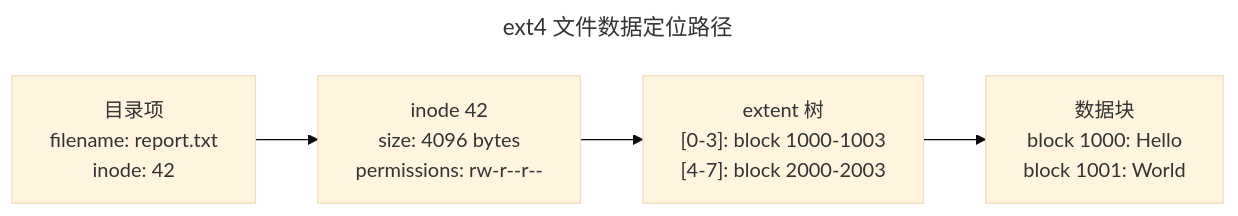
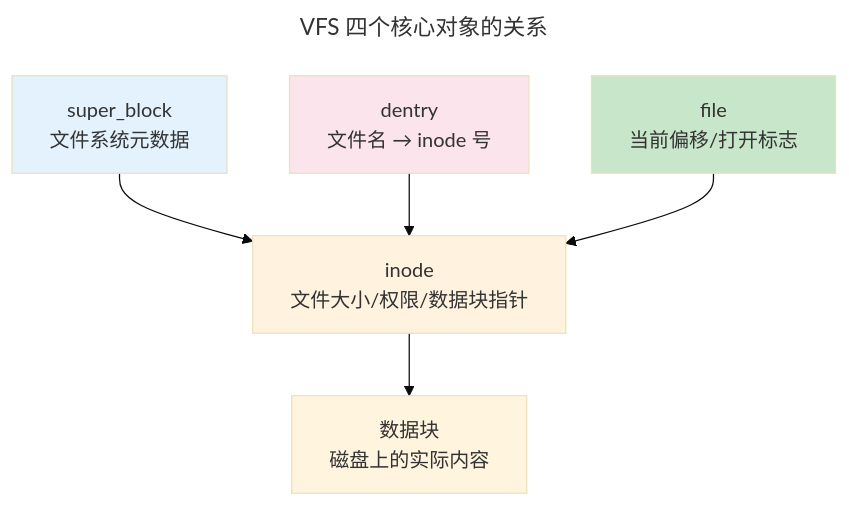
One commit to yadayanxue/silicon-strides changed the diagram in src/content/docs/03-qiankun/03-filesystem.md. Above: the diagram before and after it, drawn with Mermaid (base theme). The commit also changed other lines of this file and 7 other files, not shown here.

Commit message:
docs: 卷三内容深度补充——8章各加Mermaid图与深层论证

````diff
--- a/src/content/docs/03-qiankun/03-filesystem.md
+++ b/src/content/docs/03-qiankun/03-filesystem.md
@@ -53,14 +26,15 @@
 ```mermaid
 ---
-title: ext4 文件数据定位路径
+title: VFS 四个核心对象的关系
 ---
-graph LR
-    DIR["目录项<br/>filename: report.txt<br/>inode: 42"]
-    INODE["inode 42<br/>size: 4096 bytes<br/>permissions: rw-r--r--"]
-    EXTENTS["extent 树<br/>[0-3]: block 1000-1003<br/>[4-7]: block 2000-2003"]
-    DATA["数据块<br/>block 1000: Hello<br/>block 1001: World"]
+graph TD
+    SB["super_block<br/>文件系统元数据"] --> INODE["inode<br/>文件大小/权限/数据块指针"]
+    DENTRY["dentry<br/>文件名 → inode 号"] --> INODE
+    FILE["file<br/>当前偏移/打开标志"] --> INODE
+    INODE --> DATA["数据块<br/>磁盘上的实际内容"]
 
-    DIR --> INODE
-    INODE --> EXTENTS
-    EXTENTS --> DATA
+    style SB fill:#e3f2fd
+    style INODE fill:#fff3e0
+    style DENTRY fill:#fce4ec
+    style FILE fill:#c8e6c9
 ```
````
